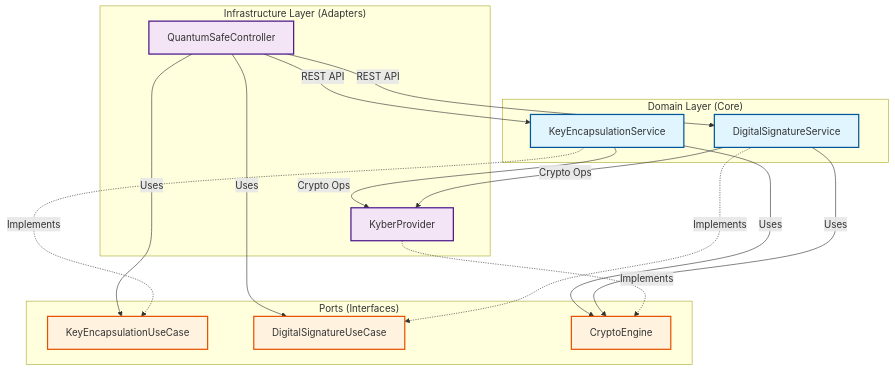
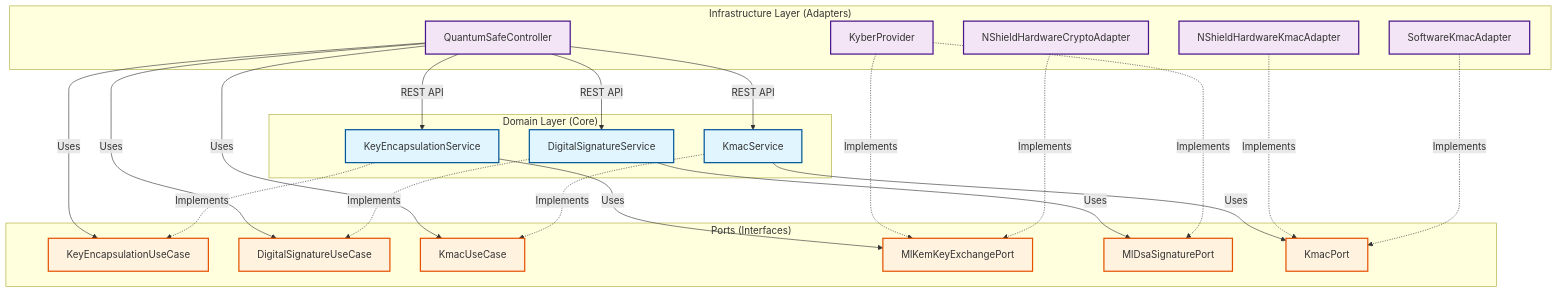
Before and after one commit to jorge-pena/nCripterQuantumSafe: the first of 2 diagrams in architecture.md, drawn with Mermaid. The commit also changed other lines of this file and 30 other files, not shown here.

First line of the commit message:
feat: implement KMAC support, gRPC endpoints, and resolve nShield HSM ML-KEM key generation issues

````diff
--- a/architecture.md
+++ b/architecture.md
@@ -7,41 +9,55 @@
 ```mermaid
 graph TD
     %% Styling
     classDef domain fill:#e1f5fe,stroke:#01579b,stroke-width:2px;
     classDef adapter fill:#f3e5f5,stroke:#4a148c,stroke-width:2px;
     classDef port fill:#fff3e0,stroke:#e65100,stroke-width:2px;
 
     subgraph "Infrastructure Layer (Adapters)"
         Controller[QuantumSafeController]:::adapter
         Kyber[KyberProvider]:::adapter
+        NShield[NShieldHardwareCryptoAdapter]:::adapter
+        NShieldKmac[NShieldHardwareKmacAdapter]:::adapter
+        SoftKmac[SoftwareKmacAdapter]:::adapter
     end
 
     subgraph "Domain Layer (Core)"
         KEMService[KeyEncapsulationService]:::domain
         DSService[DigitalSignatureService]:::domain
+        KmacServ[KmacService]:::domain
     end
 
     subgraph "Ports (Interfaces)"
-        KEMPort[KeyEncapsulationUseCase]:::port
-        DSPort[DigitalSignatureUseCase]:::port
-        CryptoPort[CryptoEngine]:::port
+        KEMInPort[KeyEncapsulationUseCase]:::port
+        DSInPort[DigitalSignatureUseCase]:::port
+        KmacInPort[KmacUseCase]:::port
+        KEMOutPort[MlKemKeyExchangePort]:::port
+        DSOutPort[MlDsaSignaturePort]:::port
+        KmacOutPort[KmacPort]:::port
     end
 
     %% Relationships
-    Controller -->|Uses| KEMPort
-    Controller -->|Uses| DSPort
+    Controller -->|Uses| KEMInPort
+    Controller -->|Uses| DSInPort
+    Controller -->|Uses| KmacInPort
     
-    KEMService -.->|Implements| KEMPort
-    DSService -.->|Implements| DSPort
+    KEMService -.->|Implements| KEMInPort
+    DSService -.->|Implements| DSInPort
+    KmacServ -.->|Implements| KmacInPort
     
-    KEMService -->|Uses| CryptoPort
-    DSService -->|Uses| CryptoPort
+    KEMService -->|Uses| KEMOutPort
+    DSService -->|Uses| DSOutPort
+    KmacServ -->|Uses| KmacOutPort
     
-    Kyber -.->|Implements| CryptoPort
+    Kyber -.->|Implements| KEMOutPort
+    Kyber -.->|Implements| DSOutPort
+    NShield -.->|Implements| KEMOutPort
+
+    NShieldKmac -.->|Implements| KmacOutPort
+    SoftKmac -.->|Implements| KmacOutPort
 
     %% Data Flow
     Controller -- REST API --> KEMService
     Controller -- REST API --> DSService
-    KEMService -- Crypto Ops --> Kyber
-    DSService -- Crypto Ops --> Kyber
+    Controller -- REST API --> KmacServ
 ```
````
